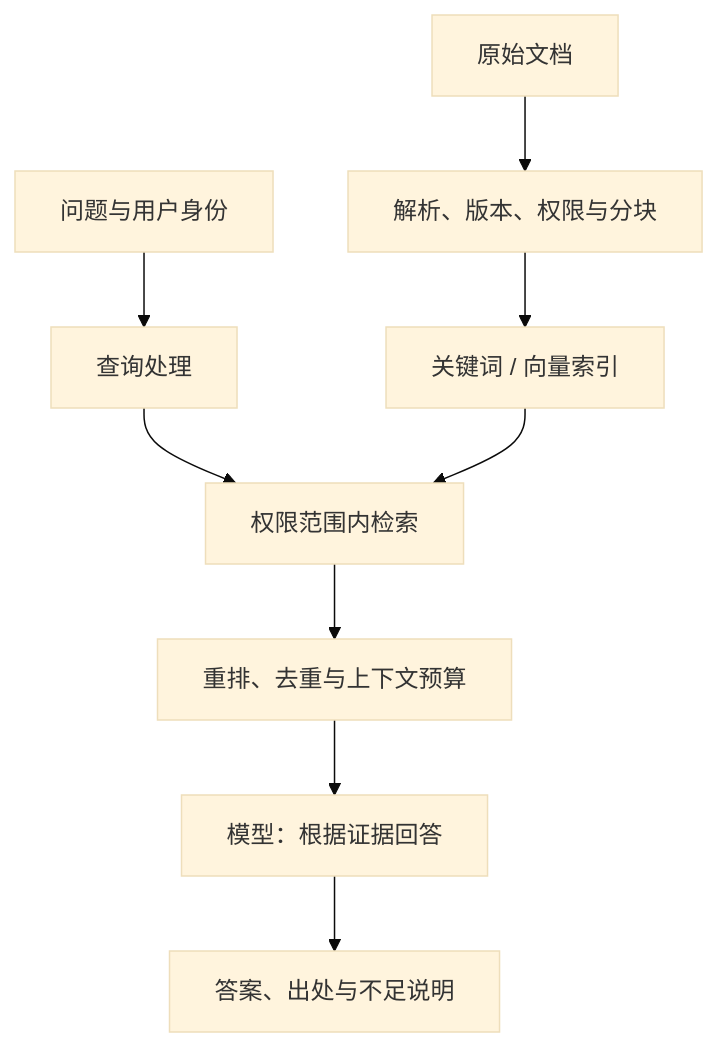
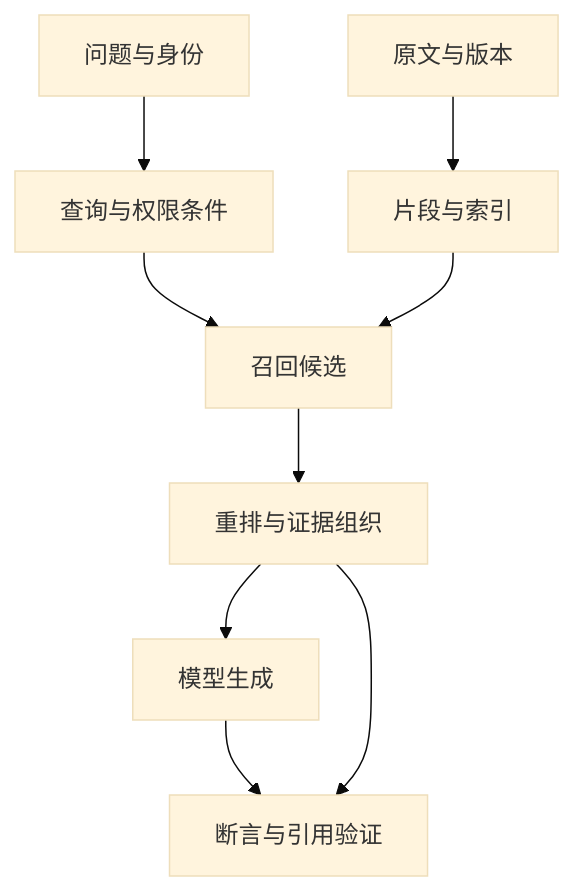
One commit to miauyle/ai-systems-architecture-guide changed the diagram in docs/11-rag-and-agents.md. Above: the diagram before and after it, drawn with Mermaid (base theme). The commit also changed other lines of this file and 23 other files, not shown here.

````diff
--- a/docs/11-rag-and-agents.md
+++ b/docs/11-rag-and-agents.md
@@ -9,11 +15,11 @@
 ```mermaid
 flowchart TB
-    D[原始文档] --> P[解析、版本、权限与分块]
-    P --> I[关键词 / 向量索引]
-    U[问题与用户身份] --> Q[查询处理]
-    Q --> R[权限范围内检索]
+    D[原文与版本] --> I[片段与索引]
+    U[问题与身份] --> Q[查询与权限条件]
+    Q --> R[召回候选]
     I --> R
-    R --> K[重排、去重与上下文预算]
-    K --> L[模型：根据证据回答]
-    L --> A[答案、出处与不足说明]
+    R --> E[重排与证据组织]
+    E --> M[模型生成]
+    M --> V[断言与引用验证]
+    E --> V
 ```
````
